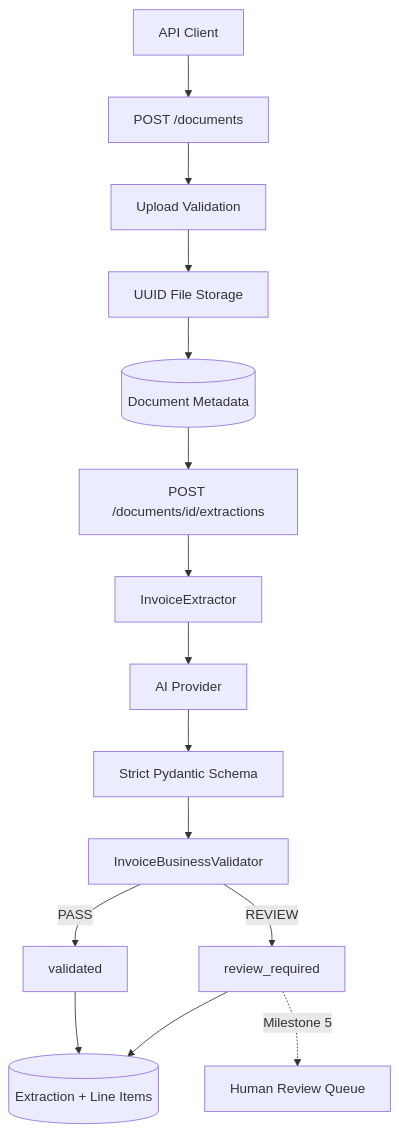
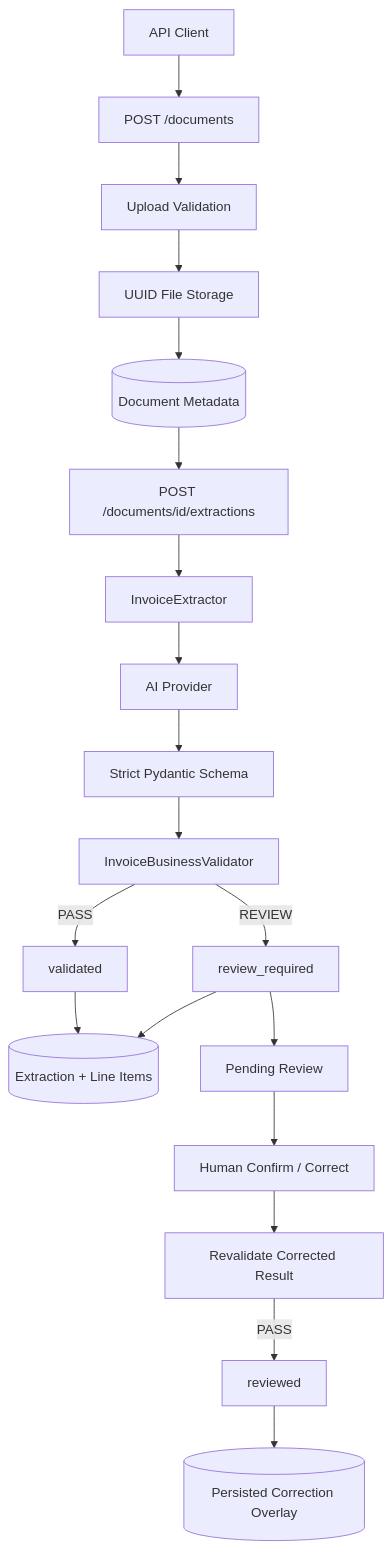
One commit to mawellsy/ai-document-review changed the diagram in README.md. Above: the diagram before and after it, drawn with Mermaid. The commit also changed other lines of this file and 10 other files, not shown here.

Commit message:
feat: add human review workflow

````diff
--- a/README.md
+++ b/README.md
@@ -47,17 +53,21 @@
 ```mermaid
 flowchart TD
     A[API Client] --> B[POST /documents]
     B --> C[Upload Validation]
     C --> D[UUID File Storage]
     D --> E[(Document Metadata)]
     E --> F[POST /documents/id/extractions]
     F --> G[InvoiceExtractor]
     G --> H[AI Provider]
     H --> I[Strict Pydantic Schema]
     I --> J[InvoiceBusinessValidator]
     J -->|PASS| K[validated]
     J -->|REVIEW| L[review_required]
     K --> M[(Extraction + Line Items)]
     L --> M
-    L -. Milestone 5 .-> N[Human Review Queue]
+    L --> N[Pending Review]
+    N --> O[Human Confirm / Correct]
+    O --> P[Revalidate Corrected Result]
+    P -->|PASS| Q[reviewed]
+    Q --> R[(Persisted Correction Overlay)]
 ```
````
